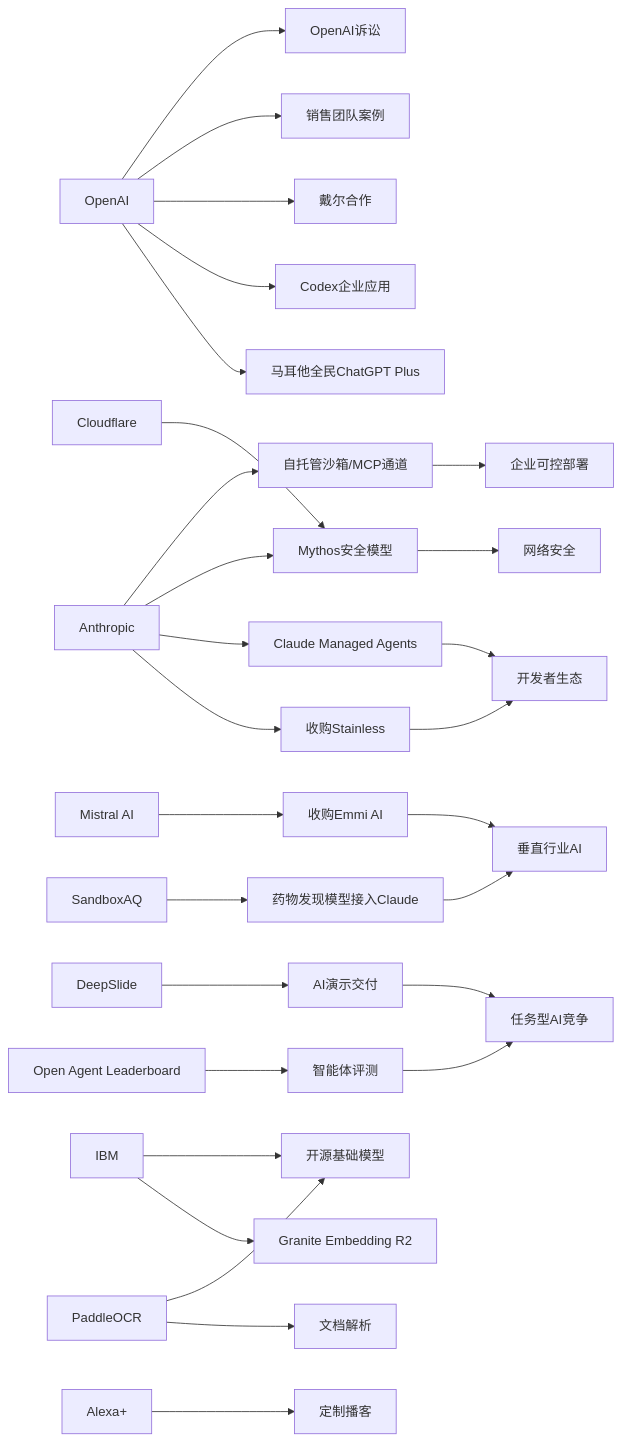
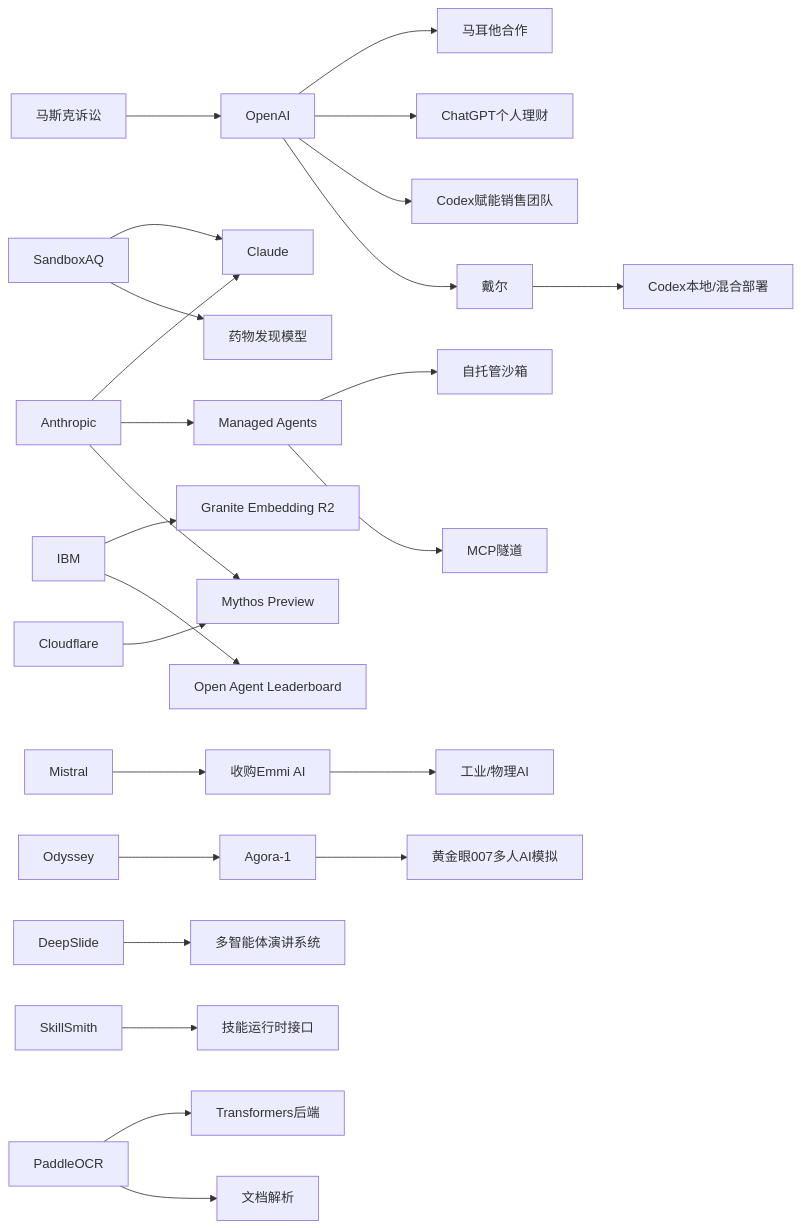
One commit to zhuxinfei/ai-daily-site changed the diagram in content/cn/2026/2026-05/2026-05-19.md. Above: the diagram before and after it, drawn with Mermaid. The commit also changed other lines of this file, not shown here.

````diff
--- a/content/cn/2026/2026-05/2026-05-19.md
+++ b/content/cn/2026/2026-05/2026-05-19.md
@@ -108,33 +119,35 @@
 ```mermaid
 graph LR
-A[OpenAI] --> B[马耳他全民ChatGPT Plus]
-A --> C[Codex企业应用]
-A --> D[戴尔合作]
-A --> E[销售团队案例]
-A --> F[OpenAI诉讼]
+    OpenAI --> Malta[马耳他合作]
+    OpenAI --> Finance[ChatGPT个人理财]
+    OpenAI --> CodexSales[Codex赋能销售团队]
+    OpenAI --> Dell[戴尔]
+    Dell --> CodexLocal[Codex本地/混合部署]
 
-G[Anthropic] --> H[收购Stainless]
-G --> I[Claude Managed Agents]
-G --> J[Mythos安全模型]
-G --> K[自托管沙箱/MCP通道]
-H --> L[开发者生态]
-I --> L
-J --> M[网络安全]
-K --> N[企业可控部署]
+    Anthropic --> Claude[Claude]
+    Anthropic --> ManagedAgents[Managed Agents]
+    ManagedAgents --> Sandbox[自托管沙箱]
+    ManagedAgents --> MCP[MCP隧道]
+    SandboxAQ --> Claude
+    SandboxAQ --> DrugAI[药物发现模型]
 
-O[SandboxAQ] --> P[药物发现模型接入Claude]
-Q[Mistral AI] --> R[收购Emmi AI]
-S[IBM] --> T[Granite Embedding R2]
-U[DeepSlide] --> V[AI演示交付]
-W[Cloudflare] --> J
-X[PaddleOCR] --> Y[文档解析]
-Z[Open Agent Leaderboard] --> AA[智能体评测]
-BB[Alexa+] --> CC[定制播客]
+    IBM --> Granite[Granite Embedding R2]
+    IBM --> AgentBoard[Open Agent Leaderboard]
 
-P --> L2[垂直行业AI]
-R --> L2
-S --> L3[开源基础模型]
-X --> L3
-AA --> L4[任务型AI竞争]
-V --> L4
+    Cloudflare --> Mythos[Mythos Preview]
+    Anthropic --> Mythos
+
+    Mistral --> EmmiAI[收购Emmi AI]
+    EmmiAI --> IndustrialAI[工业/物理AI]
+
+    Odyssey --> Agora1[Agora-1]
+    Agora1 --> GoldenEye[黄金眼007多人AI模拟]
+
+    DeepSlide --> MultiAgent[多智能体演讲系统]
+    SkillSmith --> Runtime[技能运行时接口]
+
+    PaddleOCR --> Transformers[Transformers后端]
+    PaddleOCR --> DocumentAI[文档解析]
+
+    Musk[马斯克诉讼] --> OpenAI
 ```
````
